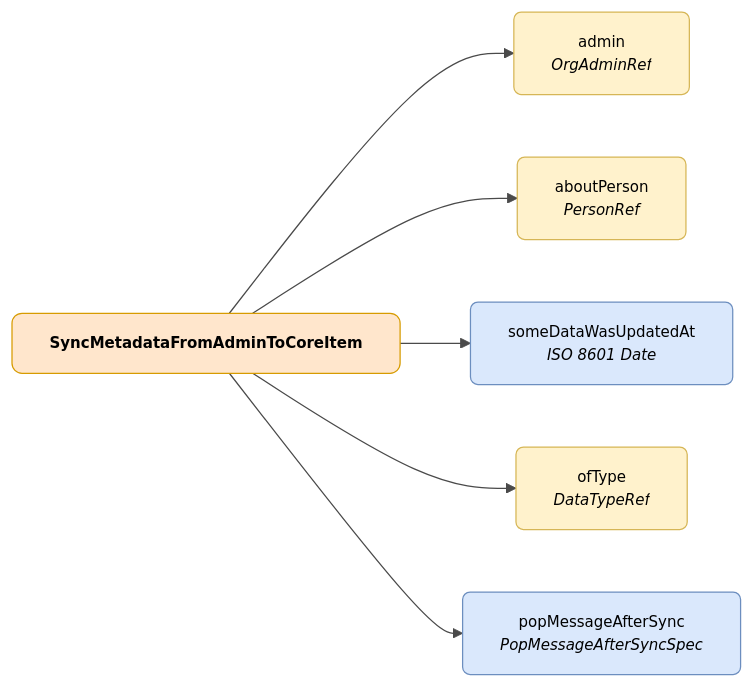
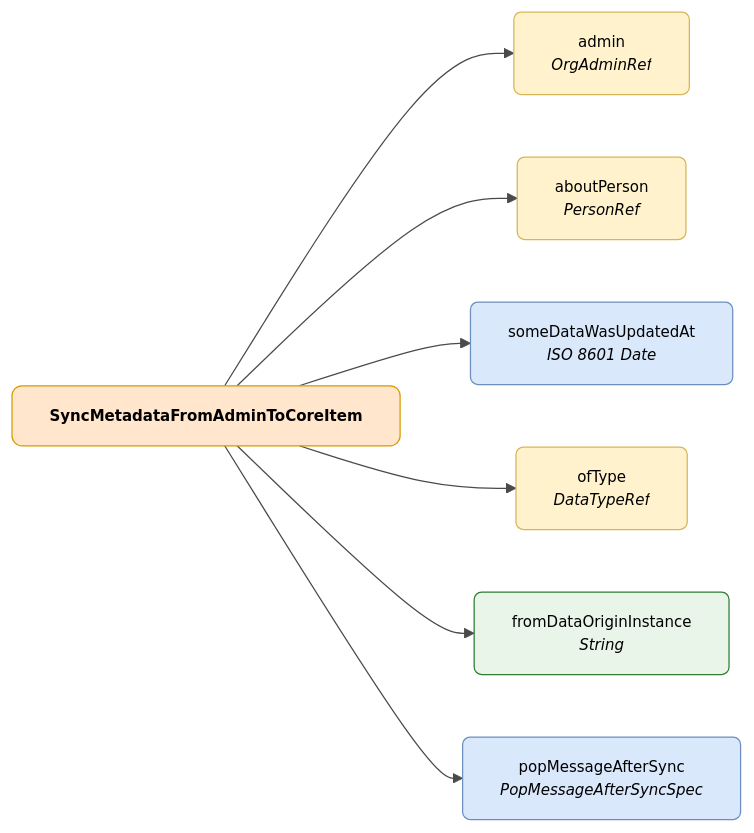
The diagram in docs/semantica/metadata-sync/modelo/sync-metadata-from-admin-to-core-item.md (DENA-Euskadi/dena-euskadi.github.io), drawn with Mermaid before and after one commit. The commit also changed other lines of this file and 43 other files, not shown here.

````diff
--- a/docs/semantica/metadata-sync/modelo/sync-metadata-from-admin-to-core-item.md
+++ b/docs/semantica/metadata-sync/modelo/sync-metadata-from-admin-to-core-item.md
@@ -7,32 +7,34 @@
 ```mermaid
 ---
 config:
   theme: base
   themeVariables:
     primaryColor: "#FFFFFF"
     primaryTextColor: "#000000"
     primaryBorderColor: "#CCCCCC"
     lineColor: "#4A4A4A"
     fontSize: "12px"
 ---
 flowchart LR
     SYNC["<b>SyncMetadataFromAdminToCoreItem</b>"]
 
     SYNC --> ADMIN["admin<br/><i>OrgAdminRef</i>"]
     SYNC --> PERSON["aboutPerson<br/><i>PersonRef</i>"]
     SYNC --> DATE["someDataWasUpdatedAt<br/><i>ISO 8601 Date</i>"]
     SYNC --> TYPE["ofType<br/><i>DataTypeRef</i>"]
+    SYNC --> ORIGIN["fromDataOriginInstance<br/><i>String</i>"]
     SYNC --> MESSAGE["popMessageAfterSync<br/><i>PopMessageAfterSyncSpec</i>"]
 
     style SYNC fill:#ffe6cc,stroke:#d79b00,color:#000000,rx:8,ry:8
     style ADMIN fill:#fff2cc,stroke:#d6b656,color:#000000,rx:6,ry:6
     style PERSON fill:#fff2cc,stroke:#d6b656,color:#000000,rx:6,ry:6
     style DATE fill:#dae8fc,stroke:#6c8ebf,color:#000000,rx:6,ry:6
     style TYPE fill:#fff2cc,stroke:#d6b656,color:#000000,rx:6,ry:6
     style MESSAGE fill:#dae8fc,stroke:#6c8ebf,color:#000000,rx:6,ry:6
+    style ORIGIN fill:#e8f5e8,stroke:#2e7d32,color:#000000,rx:6,ry:6
 
-    click ADMIN "../../semantica-base/modelo/org-admin-ref/" "Ver OrgAdminRef"
-    click PERSON "../../semantica-base/modelo/person-ref/" "Ver PersonRef"
-    click TYPE "../../semantica-base/modelo/data-type-ref/" "Ver DataTypeRef"
-    click MESSAGE "../modelo/pop-message-after-sync-spec/" "Ver PopMessageAfterSyncSpec"
+    click ADMIN "../../../semantica-base/modelo/org-admin-ref/" "Ver OrgAdminRef"
+    click PERSON "../../../semantica-base/modelo/person-ref/" "Ver PersonRef"
+    click TYPE "../../../semantica-base/modelo/data-type-ref/" "Ver DataTypeRef"
+    click MESSAGE "../pop-message-after-sync-spec/" "Ver PopMessageAfterSyncSpec"
 ```
````
